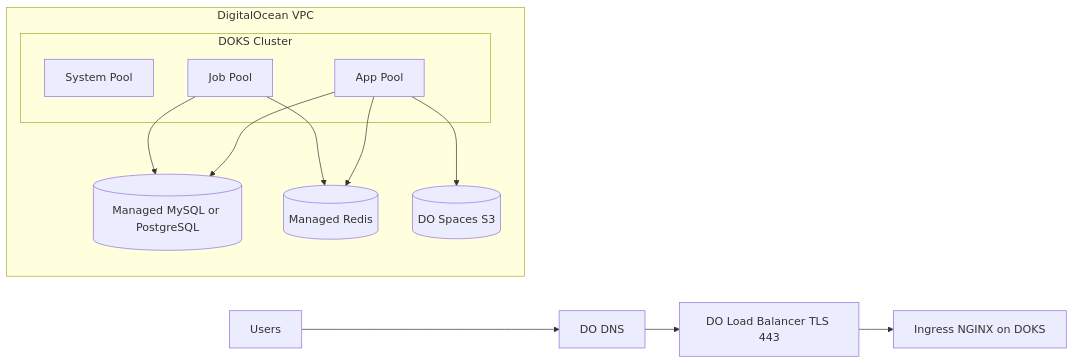
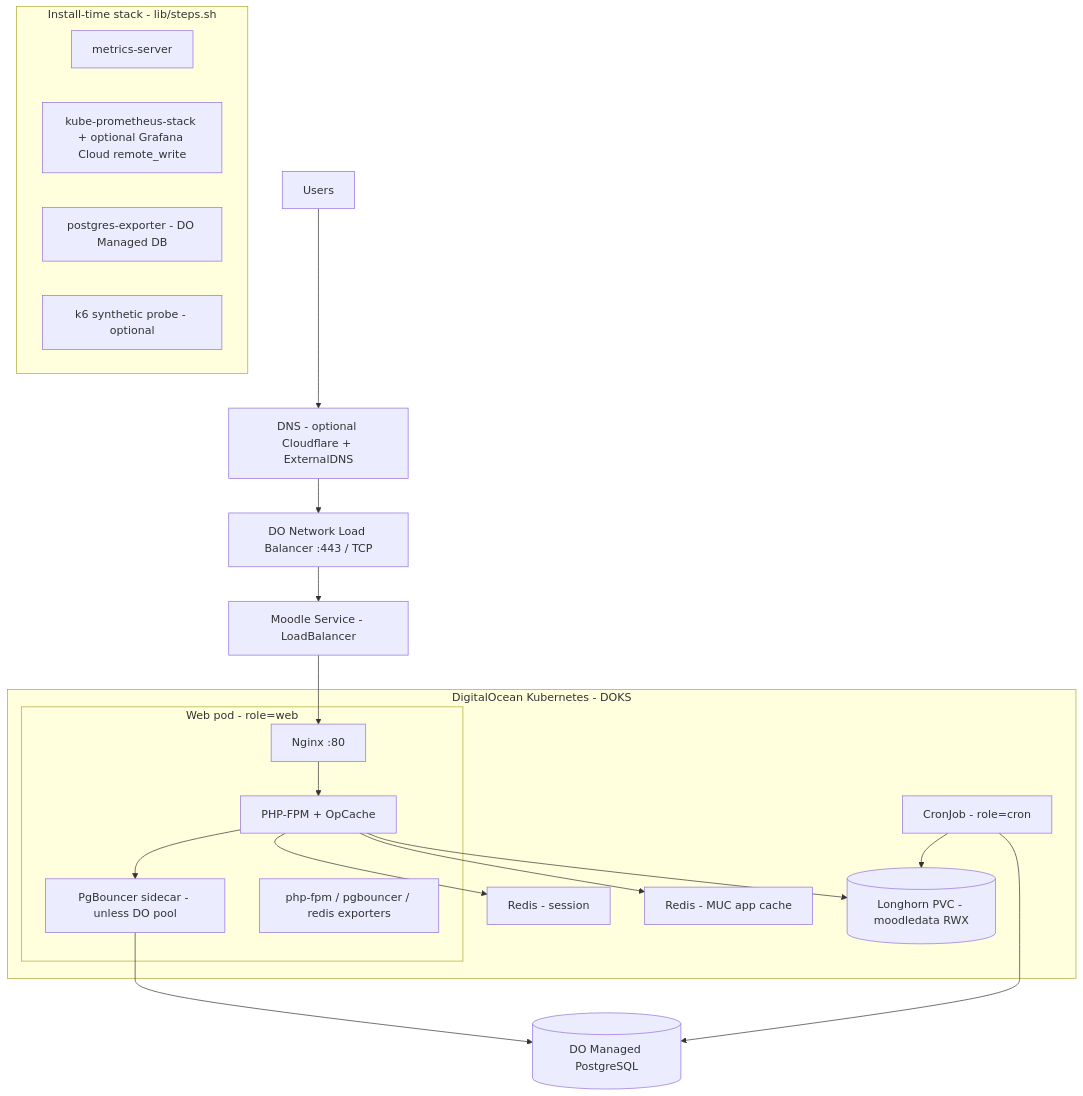
The diagram in README.md (nguyendangcuong201004/moodle-k8s-infra), drawn with Mermaid before and after one commit. The commit also changed other lines of this file and 29 other files, not shown here.

Commit message:
Fix cache redis, add seed data, change test scenarios

````diff
--- a/README.md
+++ b/README.md
@@ -31,23 +9,36 @@
 ```mermaid
-flowchart LR
-    U[Users] --> DNS[DO DNS]
-    DNS --> LB[DO Load Balancer TLS 443]
-    LB --> ING[Ingress NGINX on DOKS]
+flowchart TB
+  U[Users] --> DNS[DNS - optional Cloudflare + ExternalDNS]
+  DNS --> LB[DO Network Load Balancer :443 / TCP]
+  LB --> SVC[Moodle Service - LoadBalancer]
 
-    subgraph VPC[DigitalOcean VPC]
-        subgraph K8S[DOKS Cluster]
-            SYS[System Pool]
-            APP[App Pool]
-            JOB[Job Pool]
-        end
-        DB[(Managed MySQL or PostgreSQL)]
-        RD[(Managed Redis)]
-        SP[(DO Spaces S3)]
+  subgraph DOKS[DigitalOcean Kubernetes - DOKS]
+    subgraph WebPod[Web pod - role=web]
+      N[Nginx :80]
+      P[PHP-FPM + OpCache]
+      B[PgBouncer sidecar - unless DO pool]
+      M[php-fpm / pgbouncer / redis exporters]
     end
+    R1[Redis - session]
+    R2[Redis - MUC app cache]
+    CRON[CronJob - role=cron]
+    PV[(Longhorn PVC - moodledata RWX)]
+  end
 
-    APP --> DB
-    APP --> RD
-    APP --> SP
-    JOB --> DB
-    JOB --> RD
+  SVC --> N
+  N --> P
+  P --> B
+  B --> PG[(DO Managed PostgreSQL)]
+  P --> R1
+  P --> R2
+  P --> PV
+  CRON --> PG
+  CRON --> PV
+
+  subgraph Ops[Install-time stack - lib/steps.sh]
+    MS[metrics-server]
+    KPS[kube-prometheus-stack + optional Grafana Cloud remote_write]
+    PGE[postgres-exporter - DO Managed DB]
+    K6P[k6 synthetic probe - optional]
+  end
 ```
````
